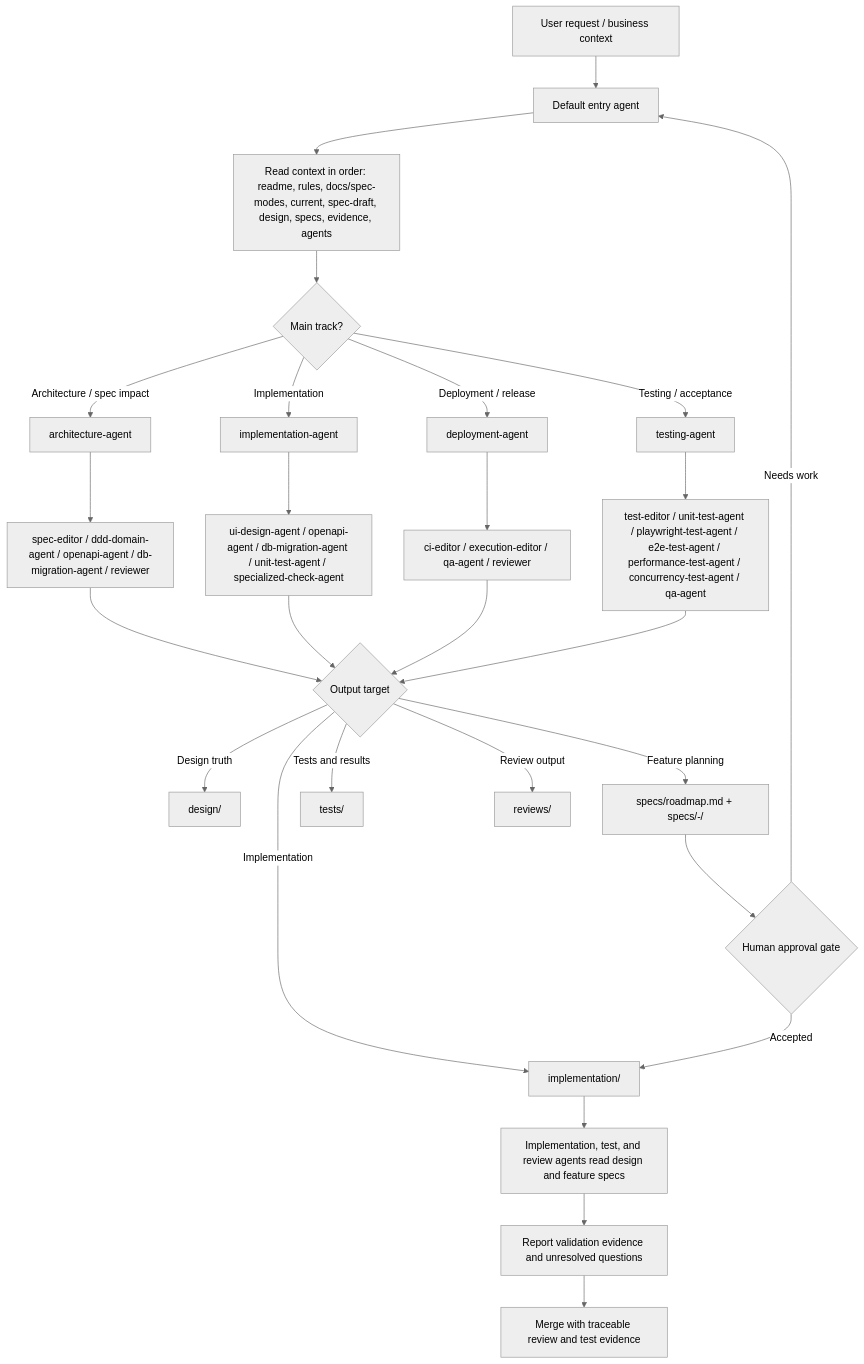
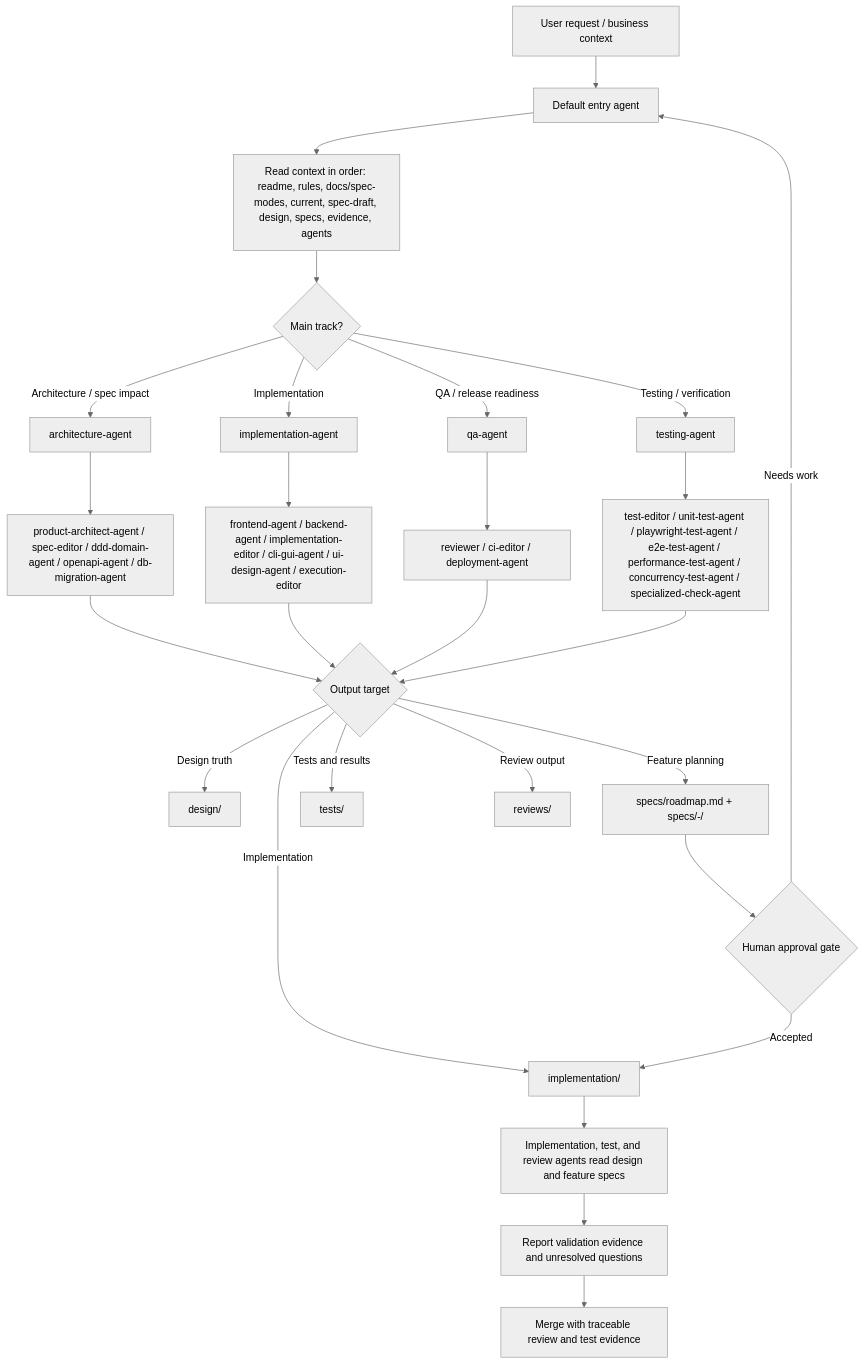
Before and after one commit to liquiid727/SpecOps-Web-Console: the first of 2 diagrams in .agents/README.md, drawn with Mermaid (neutral theme). The commit also changed other lines of this file and 972 other files, not shown here.

Commit message:
refactor: consolidate SpecOS artifacts and CLI workbench

````diff
--- a/.agents/README.md
+++ b/.agents/README.md
@@ -149,34 +159,34 @@
 ```mermaid
 flowchart TD
   A["User request / business context"] --> B["Default entry agent"]
   B --> C["Read context in order: readme, rules, docs/spec-modes, current, spec-draft, design, specs, evidence, agents"]
   C --> D{"Main track?"}
 
   D -->|Architecture / spec impact| E["architecture-agent"]
   D -->|Implementation| F["implementation-agent"]
-  D -->|Deployment / release| G["deployment-agent"]
-  D -->|Testing / acceptance| H["testing-agent"]
+  D -->|Testing / verification| H["testing-agent"]
+  D -->|QA / release readiness| G["qa-agent"]
 
-  E --> E1["spec-editor / ddd-domain-agent / openapi-agent / db-migration-agent / reviewer"]
-  F --> F1["ui-design-agent / openapi-agent / db-migration-agent / unit-test-agent / specialized-check-agent"]
-  G --> G1["ci-editor / execution-editor / qa-agent / reviewer"]
-  H --> H1["test-editor / unit-test-agent / playwright-test-agent / e2e-test-agent / performance-test-agent / concurrency-test-agent / qa-agent"]
+  E --> E1["product-architect-agent / spec-editor / ddd-domain-agent / openapi-agent / db-migration-agent"]
+  F --> F1["frontend-agent / backend-agent / implementation-editor / cli-gui-agent / ui-design-agent / execution-editor"]
+  H --> H1["test-editor / unit-test-agent / playwright-test-agent / e2e-test-agent / performance-test-agent / concurrency-test-agent / specialized-check-agent"]
+  G --> G1["reviewer / ci-editor / deployment-agent"]
 
   E1 --> Q{"Output target"}
   F1 --> Q
   G1 --> Q
   H1 --> Q
 
   Q -->|Design truth| R["design/"]
   Q -->|Feature planning| S["specs/roadmap.md + specs/<SPEC-ID>-<slug>/"]
   Q -->|Implementation| T["implementation/"]
   Q -->|Tests and results| U["tests/"]
   Q -->|Review output| V["reviews/"]
 
   S --> W{"Human approval gate"}
   W -->|Accepted| T
   W -->|Needs work| B
   T --> X["Implementation, test, and review agents read design and feature specs"]
   X --> Y["Report validation evidence and unresolved questions"]
   Y --> Z["Merge with traceable review and test evidence"]
 ```
````
